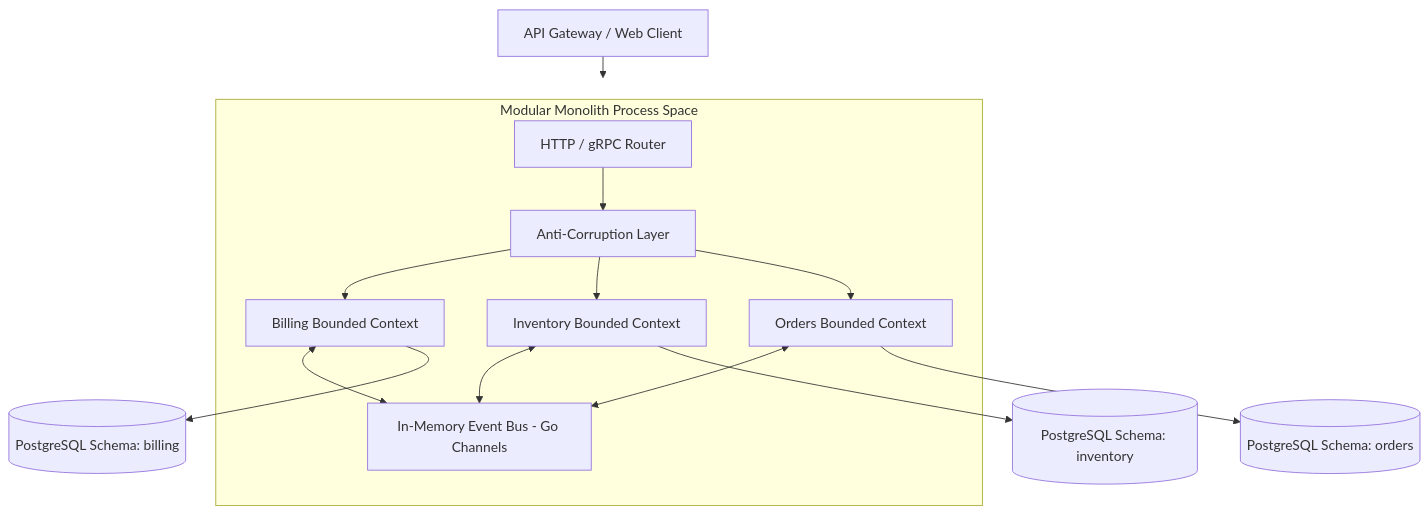
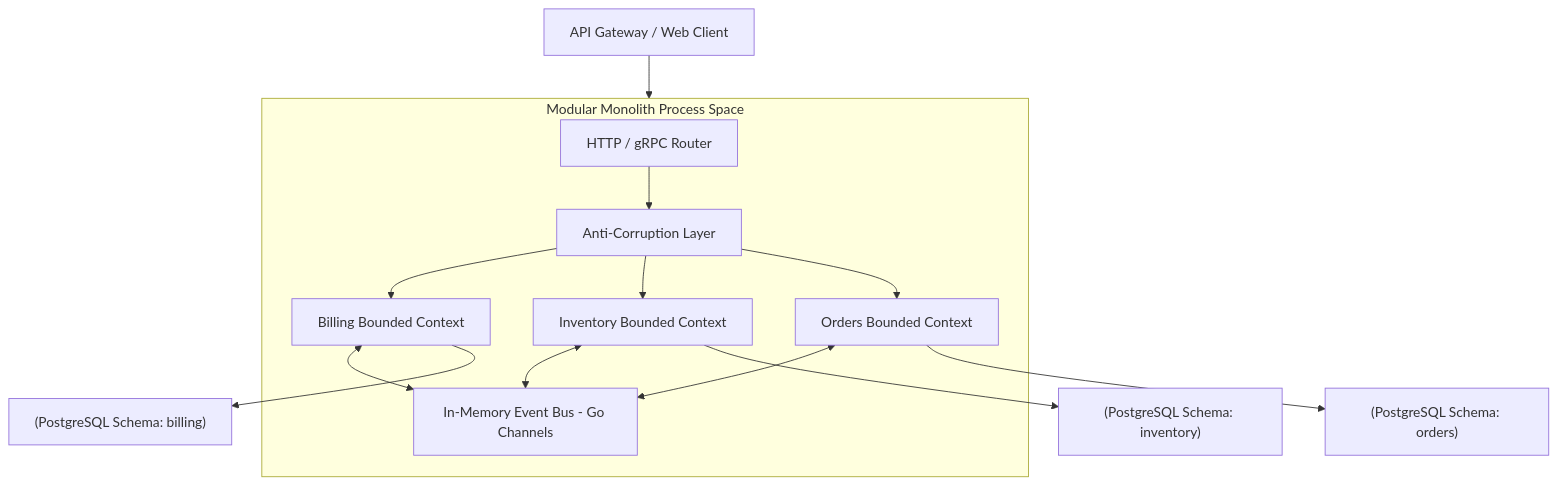
The diagram in content/series/modular-monolith-architecture/_index.md (vesviet/vesviet), drawn with Mermaid before and after one commit. The commit also changed other lines of this file and 331 other files, not shown here.

````diff
--- a/content/series/modular-monolith-architecture/_index.md
+++ b/content/series/modular-monolith-architecture/_index.md
@@ -31,18 +31,18 @@
 ```mermaid
 graph TD
-    Client[API Gateway / Web Client] --> Monolith[Single Binary Go Application]
-    subgraph Monolith[Modular Monolith Process Space]
-        Router[HTTP / gRPC Router] --> ACL[Anti-Corruption Layer]
-        ACL --> Billing[Billing Bounded Context]
-        ACL --> Inventory[Inventory Bounded Context]
-        ACL --> Orders[Orders Bounded Context]
+    Client["API Gateway / Web Client"] --> Monolith["Single Binary Go Application"]
+    subgraph Monolith["Modular Monolith Process Space"]
+        Router["HTTP / gRPC Router"] --> ACL["Anti-Corruption Layer"]
+        ACL --> Billing["Billing Bounded Context"]
+        ACL --> Inventory["Inventory Bounded Context"]
+        ACL --> Orders["Orders Bounded Context"]
         
-        Billing <--> EventBus[In-Memory Event Bus - Go Channels]
+        Billing <--> EventBus["In-Memory Event Bus - Go Channels"]
         Inventory <--> EventBus
         Orders <--> EventBus
     end
     
-    Billing --> DB1[(PostgreSQL Schema: billing)]
-    Inventory --> DB2[(PostgreSQL Schema: inventory)]
-    Orders --> DB3[(PostgreSQL Schema: orders)]
+    Billing --> DB1["(PostgreSQL Schema: billing)"]
+    Inventory --> DB2["(PostgreSQL Schema: inventory)"]
+    Orders --> DB3["(PostgreSQL Schema: orders)"]
 ```
````
